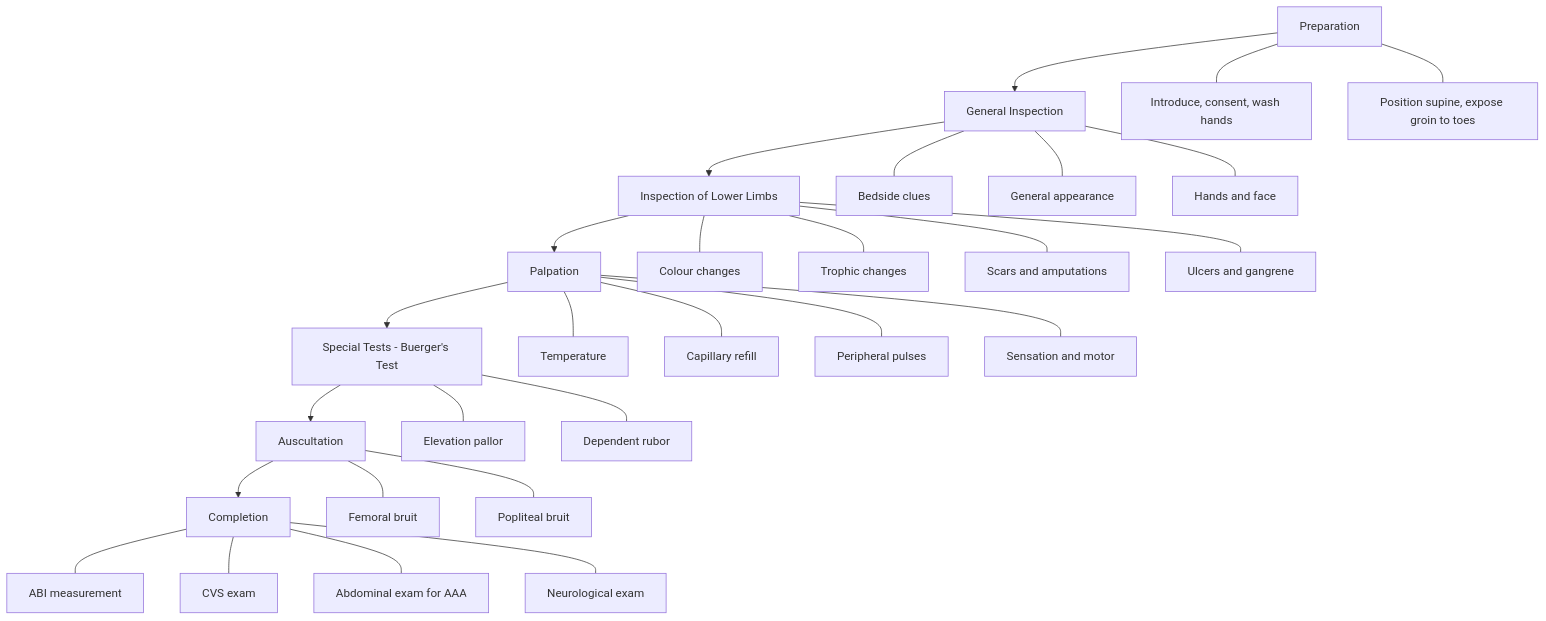
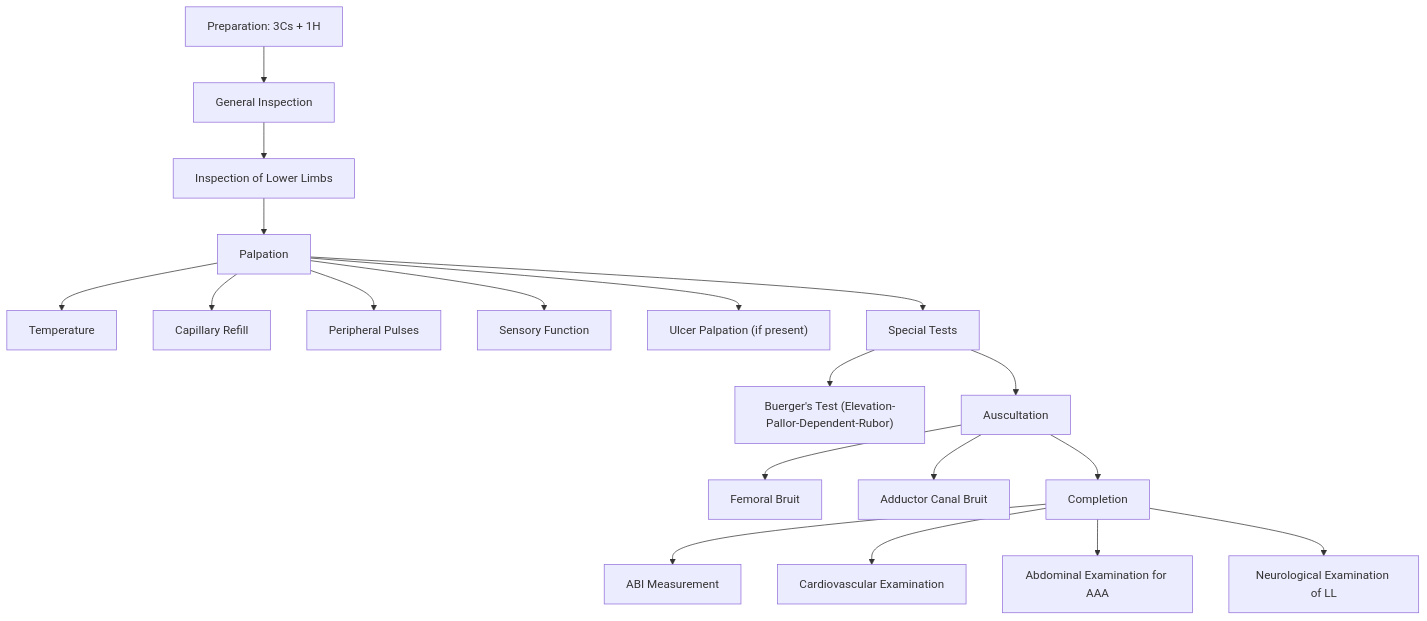
Before and after one commit to techjason/mbbspedia: the diagram in content/fragments/general-surgery/examination-of-peripheral-arterial-system/physical-exam.mdx, drawn with Mermaid. The commit also changed other lines of this file, not shown here.

First line of the commit message:
Refactor examination of peripheral arterial system documentation

````diff
--- a/content/fragments/general-surgery/examination-of-peripheral-arterial-system/physical-exam.mdx
+++ b/content/fragments/general-surgery/examination-of-peripheral-arterial-system/physical-exam.mdx
@@ -5,37 +7,21 @@
 ```mermaid
 flowchart TD
-    A["Preparation"] --> B["General Inspection"]
+    A["Preparation: 3Cs + 1H"] --> B["General Inspection"]
     B --> C["Inspection of Lower Limbs"]
     C --> D["Palpation"]
-    D --> E["Special Tests - Buerger's Test"]
+    D --> D1["Temperature"]
+    D --> D2["Capillary Refill"]
+    D --> D3["Peripheral Pulses"]
+    D --> D4["Sensory Function"]
+    D --> D5["Ulcer Palpation (if present)"]
+    D --> E["Special Tests"]
+    E --> E1["Buerger's Test (Elevation-Pallor-Dependent-Rubor)"]
     E --> F["Auscultation"]
+    F --> F1["Femoral Bruit"]
+    F --> F2["Adductor Canal Bruit"]
     F --> G["Completion"]
-
-    A --- A1["Introduce, consent, wash hands"]
-    A --- A2["Position supine, expose groin to toes"]
-
-    B --- B1["Bedside clues"]
-    B --- B2["General appearance"]
-    B --- B3["Hands and face"]
-
-    C --- C1["Colour changes"]
-    C --- C2["Trophic changes"]
-    C --- C3["Scars and amputations"]
-    C --- C4["Ulcers and gangrene"]
-
-    D --- D1["Temperature"]
-    D --- D2["Capillary refill"]
-    D --- D3["Peripheral pulses"]
-    D --- D4["Sensation and motor"]
-
-    E --- E1["Elevation pallor"]
-    E --- E2["Dependent rubor"]
-
-    F --- F1["Femoral bruit"]
-    F --- F2["Popliteal bruit"]
-
-    G --- G1["ABI measurement"]
-    G --- G2["CVS exam"]
-    G --- G3["Abdominal exam for AAA"]
-    G --- G4["Neurological exam"]
+    G --> G1["ABI Measurement"]
+    G --> G2["Cardiovascular Examination"]
+    G --> G3["Abdominal Examination for AAA"]
+    G --> G4["Neurological Examination of LL"]
 ```
````
